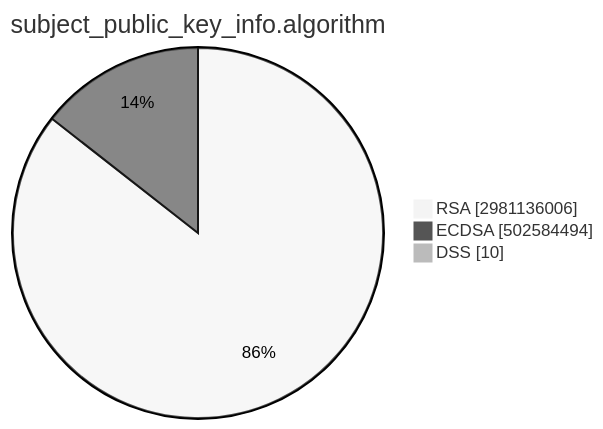
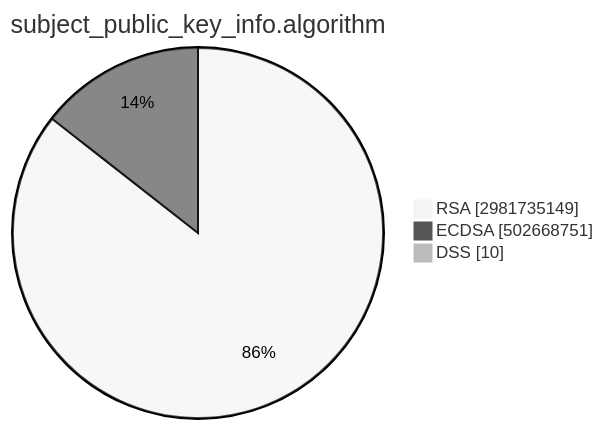
Before and after one commit to christiankrug/ctmonitor_visualization: the second of 15 diagrams in TOTAL/README.md, drawn with Mermaid (neutral theme). The commit also changed other lines of this file, not shown here.

````diff
--- a/TOTAL/README.md
+++ b/TOTAL/README.md
@@ -6,7 +6,7 @@
 ```mermaid
 pie showData
 title subject_public_key_info.algorithm
-"RSA" :2981136006
-"ECDSA" :502584494
+"RSA" :2981735149
+"ECDSA" :502668751
 "DSS" :10
 ```
````
